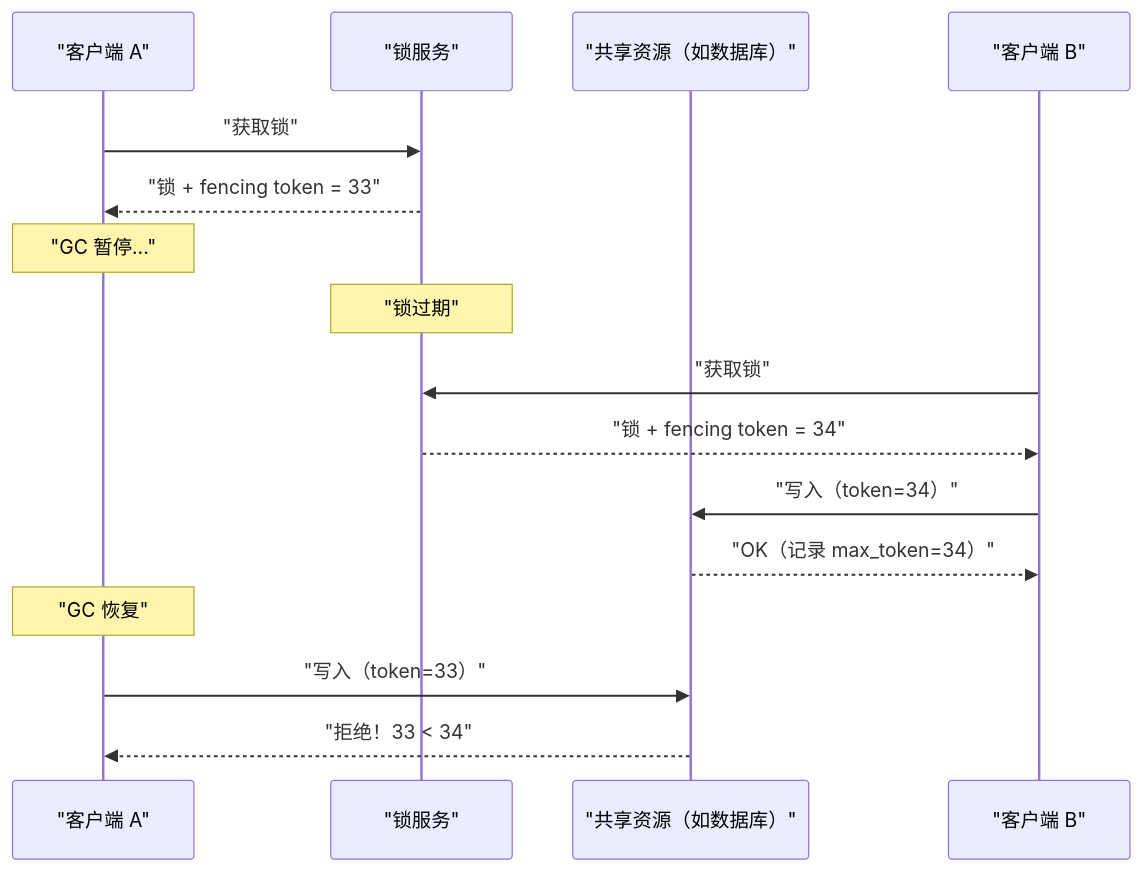
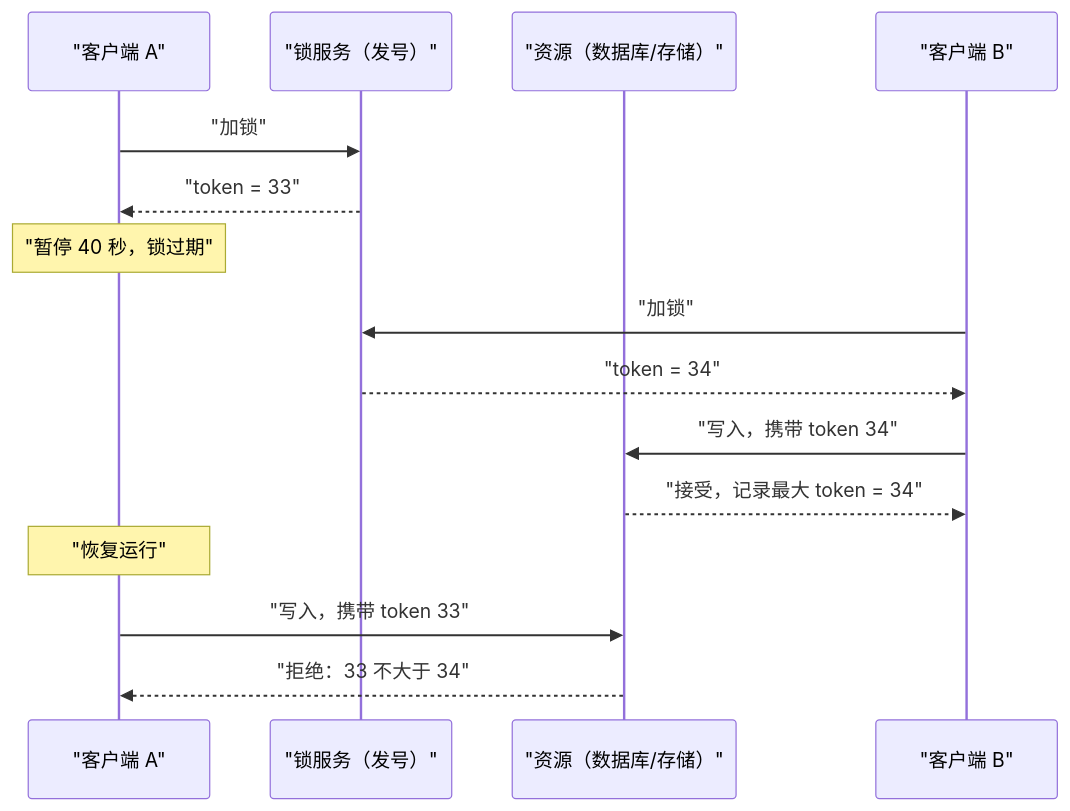
Before and after one commit to hpliStartAgain/my-brain: the fifth of 5 diagrams in content/中间件/Redis/Redis进阶教程/06 Redis 分布式锁——从 SETNX 到 Redlock 的争议.md, drawn with Mermaid. The commit also changed other lines of this file and 455 other files, not shown here.

````diff
--- a/content/中间件/Redis/Redis进阶教程/06 Redis 分布式锁——从 SETNX 到 Redlock 的争议.md
+++ b/content/中间件/Redis/Redis进阶教程/06 Redis 分布式锁——从 SETNX 到 Redlock 的争议.md
@@ -328,23 +539,18 @@
 ```mermaid
 %%{init: {'theme': 'dracula'}}%%
 sequenceDiagram
     participant A as "客户端 A"
-    participant L as "锁服务"
-    participant S as "共享资源（如数据库）"
-
-    A->>L: "获取锁"
-    L-->>A: "锁 + fencing token = 33"
-
-    Note over A: "GC 暂停..."
-    Note over L: "锁过期"
-
+    participant L as "锁服务（发号）"
+    participant S as "资源（数据库/存储）"
     participant B as "客户端 B"
-    B->>L: "获取锁"
-    L-->>B: "锁 + fencing token = 34"
-    B->>S: "写入（token=34）"
-    S-->>B: "OK（记录 max_token=34）"
-
-    Note over A: "GC 恢复"
-    A->>S: "写入（token=33）"
-    S-->>A: "拒绝！33 < 34"
+    A->>L: "加锁"
+    L-->>A: "token = 33"
+    Note over A: "暂停 40 秒，锁过期"
+    B->>L: "加锁"
+    L-->>B: "token = 34"
+    B->>S: "写入，携带 token 34"
+    S-->>B: "接受，记录最大 token = 34"
+    Note over A: "恢复运行"
+    A->>S: "写入，携带 token 33"
+    S-->>A: "拒绝：33 不大于 34"
 ```
````
